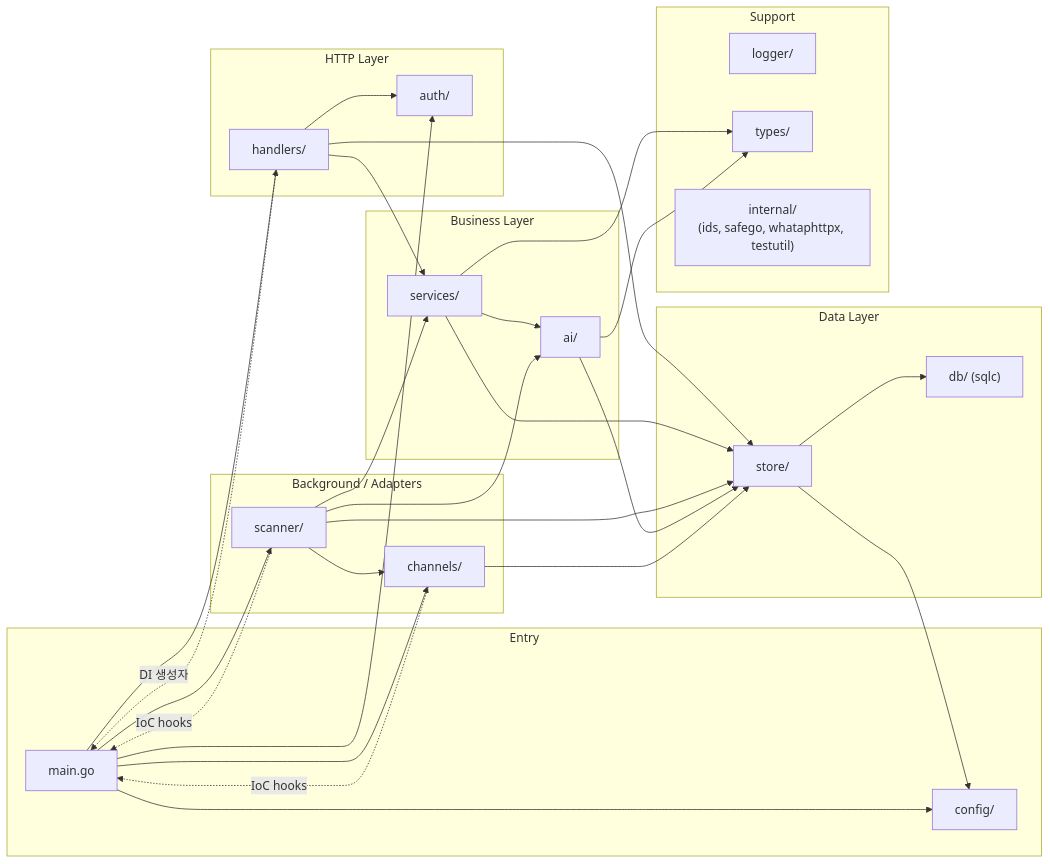
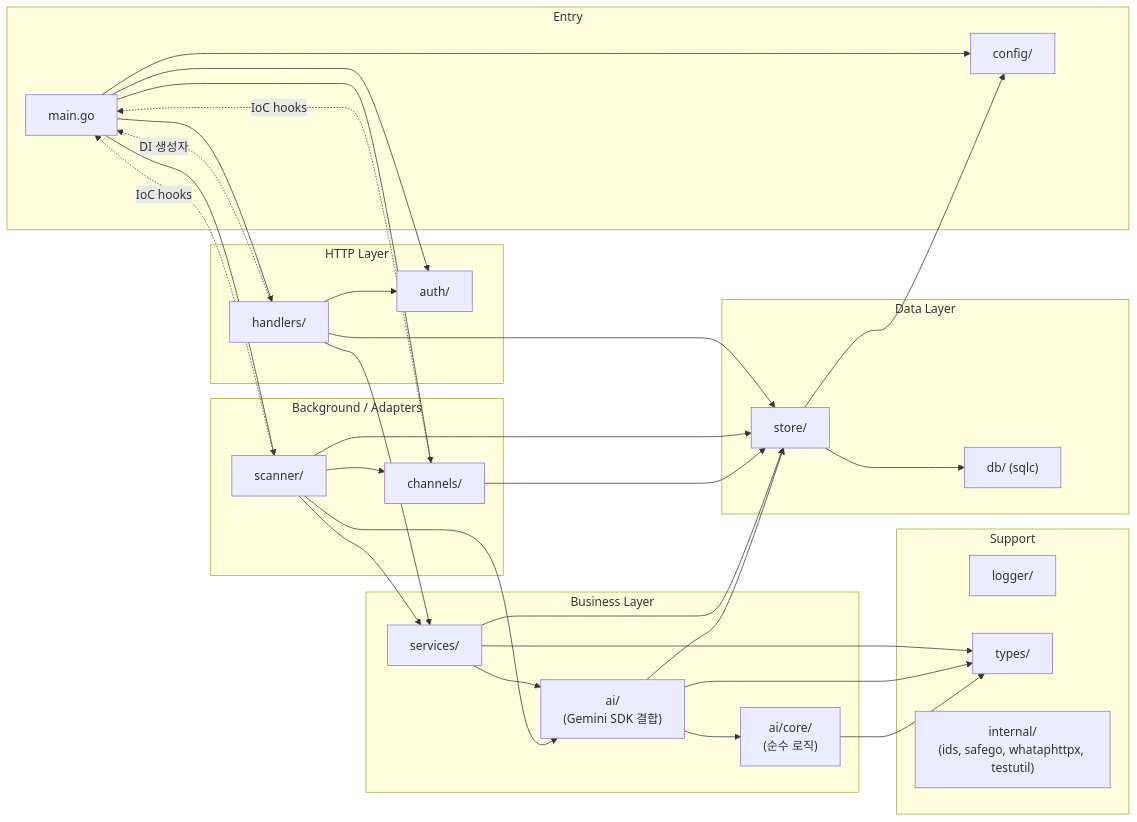
One commit to JaejinSong/message-consolidator changed the first of 5 diagrams in docs/comprehensive/03-backend-architecture.md. Above: the diagram before and after it, drawn with Mermaid. The commit also changed other lines of this file and 14 other files, not shown here.

````diff
--- a/docs/comprehensive/03-backend-architecture.md
+++ b/docs/comprehensive/03-backend-architecture.md
@@ -24,64 +24,67 @@
 ```mermaid
 graph LR
     subgraph Entry
         main["main.go"]
         config["config/"]
     end
 
     subgraph HTTP["HTTP Layer"]
         handlers["handlers/"]
         auth["auth/"]
     end
 
     subgraph Business["Business Layer"]
         services["services/"]
-        ai["ai/"]
+        ai["ai/\n(Gemini SDK 결합)"]
+        aicore["ai/core/\n(순수 로직)"]
     end
 
     subgraph Data["Data Layer"]
         store["store/"]
         db["db/ (sqlc)"]
     end
 
     subgraph Background["Background / Adapters"]
         scanner["scanner/"]
         channels["channels/"]
     end
 
     subgraph Support["Support"]
         logger["logger/"]
         types["types/"]
         internal["internal/\n(ids, safego, whataphttpx, testutil)"]
     end
 
     main --> config
     main --> handlers
     main --> scanner
     main --> channels
     main --> auth
 
     handlers --> services
     handlers --> auth
     handlers --> store
 
     services --> store
     services --> ai
     services --> types
 
     scanner --> services
     scanner --> channels
     scanner --> store
     scanner --> ai
 
     store --> db
     store --> config
 
+    ai --> aicore
     ai --> store
     ai --> types
+    aicore --> types
 
     channels --> store
 
     handlers -.->|"DI 생성자"| main
     scanner -.->|"IoC hooks"| main
     channels -.->|"IoC hooks"| main
 ```
````
